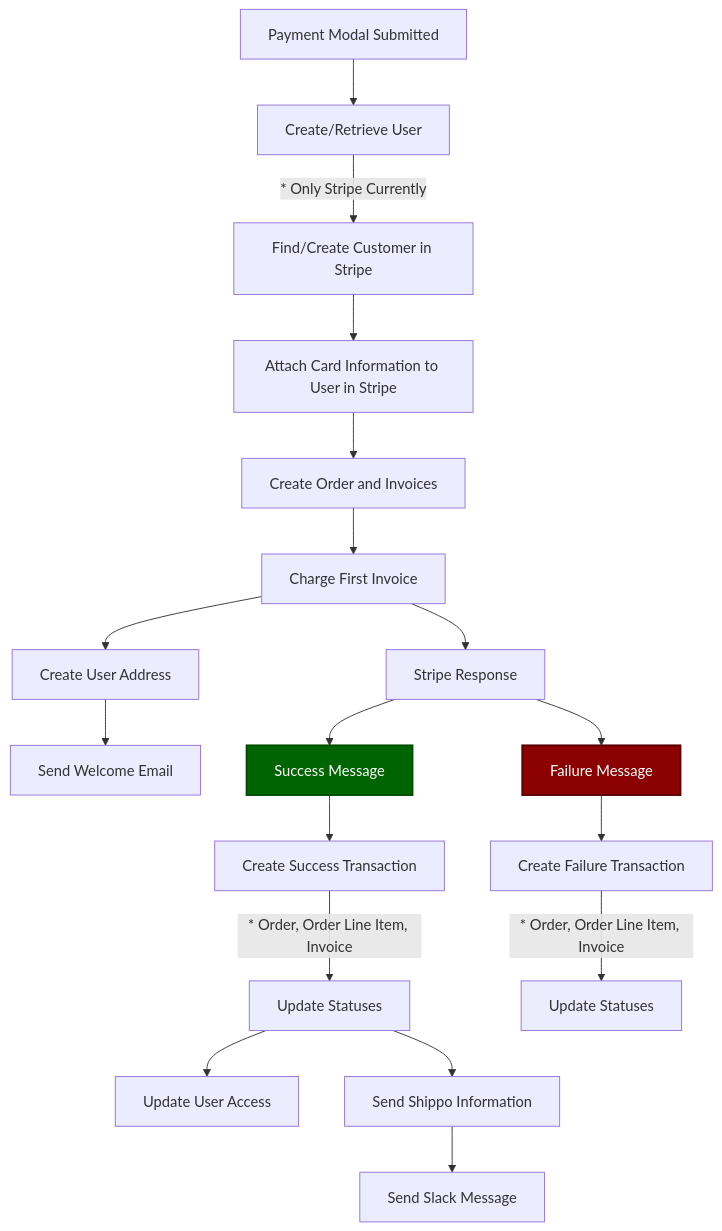
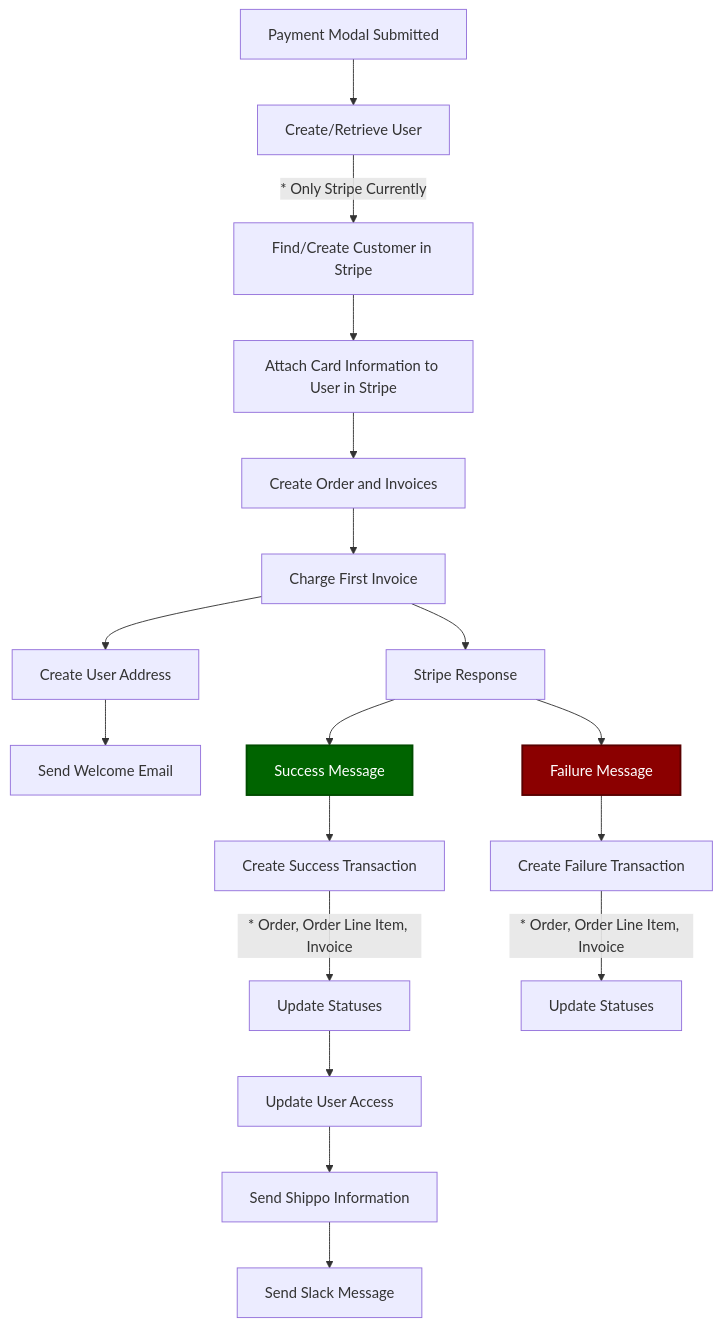
One commit to combined-curiosity/documentation-starter-kit changed the diagram in pages/process/taking-payments.mdx. Above: the diagram before and after it, drawn with Mermaid.

Commit message:
fix flow chart

````diff
--- a/pages/process/taking-payments.mdx
+++ b/pages/process/taking-payments.mdx
@@ -57,23 +57,23 @@
 ```mermaid
 graph TD;
     A[Payment Modal Submitted] --> B[Create/Retrieve User];
     B --> |* Only Stripe Currently| C[Find/Create Customer in Stripe];
     C --> D[Attach Card Information to User in Stripe];
     D --> E[Create Order and Invoices];
     E --> F[Charge First Invoice];
     F --> G[Create User Address];
     G --> H[Send Welcome Email];
     F --> I[Stripe Response];
     O --> J[Create Success Transaction];
     J -->|* Order, Order Line Item, Invoice| K[Update Statuses];
     K --> L[Update User Access];
-    K --> M[Send Shippo Information];
+    L --> M[Send Shippo Information];
     M --> N[Send Slack Message];
     I --> O[Success Message];
     I --> P[Failure Message];
     P --> Q[Create Failure Transaction];
     Q -->|* Order, Order Line Item, Invoice| R[Update Statuses];
 
     style O fill:#006400,stroke:#004d00,stroke-width:2px,color:#ffffff
     style P fill:#8b0000,stroke:#590000,stroke-width:2px,color:#ffffff
 ```
````
